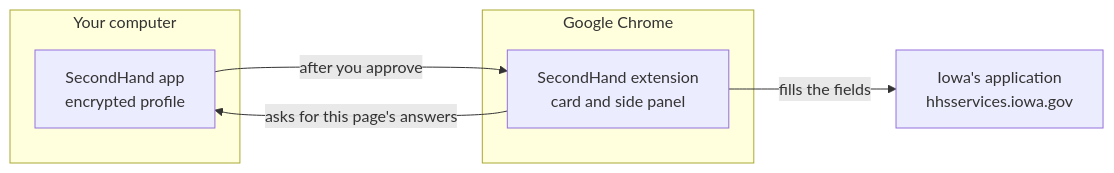
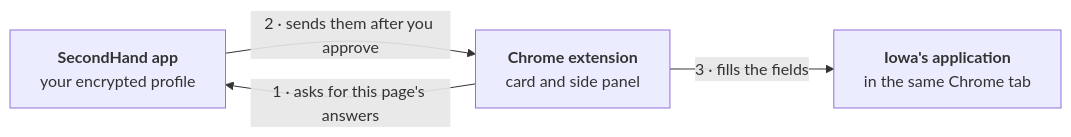
One commit to ethanpam/SecondHand changed the diagram in README.md. Above: the diagram before and after it, drawn with Mermaid.

Commit message:
docs: make the README's diagram easier to read
Numbered steps and no boxes around each part, so GitHub draws it larger.

````diff
--- a/README.md
+++ b/README.md
@@ -50,13 +50,9 @@
 ```mermaid
 flowchart LR
-  subgraph computer["Your computer"]
-    app["SecondHand app<br/>encrypted profile"]
-  end
-  subgraph chrome["Google Chrome"]
-    ext["SecondHand extension<br/>card and side panel"]
-  end
-  portal["Iowa's application<br/>hhsservices.iowa.gov"]
-  ext -- "asks for this page's answers" --> app
-  app -- "after you approve" --> ext
-  ext -- "fills the fields" --> portal
+  app["<b>SecondHand app</b><br/>your encrypted profile"]
+  ext["<b>Chrome extension</b><br/>card and side panel"]
+  portal["<b>Iowa's application</b><br/>in the same Chrome tab"]
+  ext -- "1 · asks for this page's answers" --> app
+  app -- "2 · sends them after you approve" --> ext
+  ext -- "3 · fills the fields" --> portal
 ```
````
